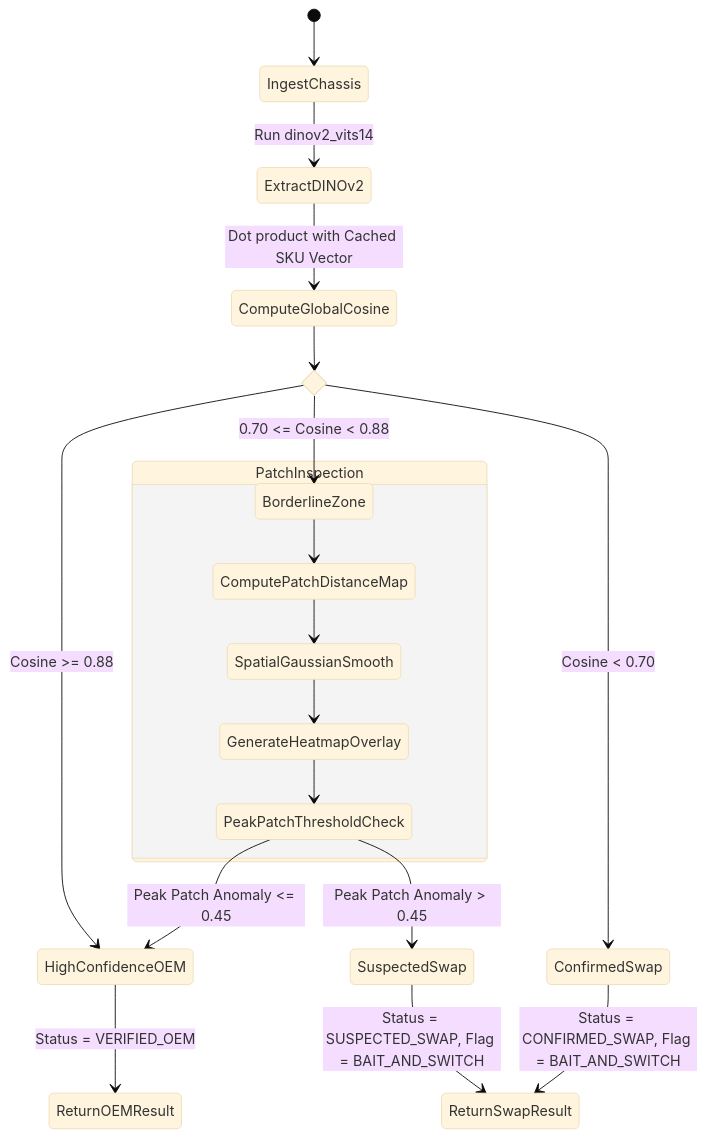
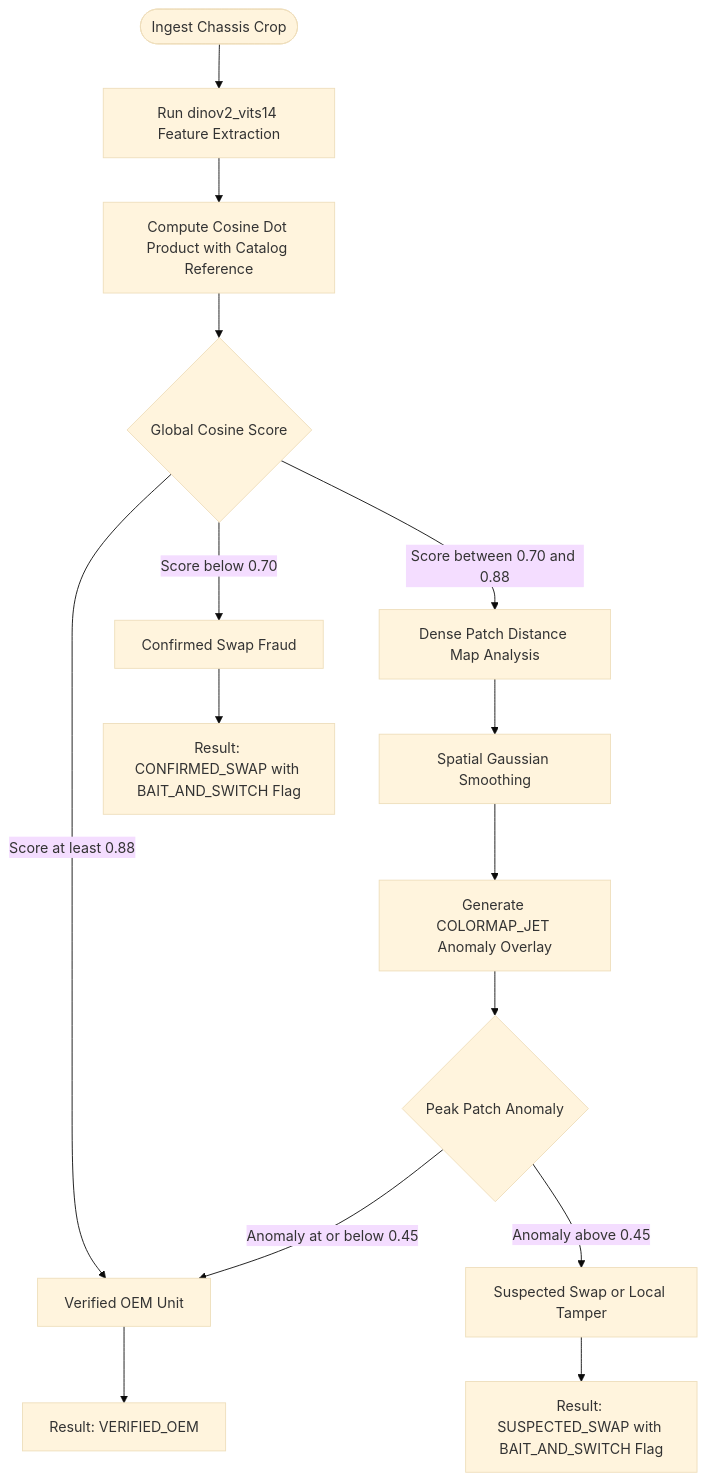
The second of 3 diagrams in docs/architecture.md (addy9051/ReturnsSheildAI), drawn with Mermaid (base theme) before and after one commit. The commit also changed other lines of this file and 6 other files, not shown here.

Commit message:
feat(phase-2): implement DINOv2 swap detector and dual-serial OCR verifier with weighted confusion matrix

````diff
--- a/docs/architecture.md
+++ b/docs/architecture.md
@@ -109,27 +116,21 @@
 ```mermaid
-stateDiagram-v2
-    [*] --> IngestChassis
-    IngestChassis --> ExtractDINOv2: Run dinov2_vits14
-    ExtractDINOv2 --> ComputeGlobalCosine: Dot product with Cached SKU Vector
+flowchart TD
+    Start(["Ingest Chassis Crop"]) --> Extract["Run dinov2_vits14 Feature Extraction"]
+    Extract --> GlobalSim["Compute Cosine Dot Product with Catalog Reference"]
     
-    state GlobalDecision <<choice>>
-    ComputeGlobalCosine --> GlobalDecision
+    GlobalSim --> EvalScore{"Global Cosine Score"}
+    EvalScore -- "Score at least 0.88" --> OEM["Verified OEM Unit"]
+    EvalScore -- "Score between 0.70 and 0.88" --> PatchCheck["Dense Patch Distance Map Analysis"]
+    EvalScore -- "Score below 0.70" --> SwapConfirmed["Confirmed Swap Fraud"]
     
-    GlobalDecision --> HighConfidenceOEM: Cosine >= 0.88
-    GlobalDecision --> BorderlineZone: 0.70 <= Cosine < 0.88
-    GlobalDecision --> ConfirmedSwap: Cosine < 0.70
+    PatchCheck --> Smooth["Spatial Gaussian Smoothing"]
+    Smooth --> Heatmap["Generate COLORMAP_JET Anomaly Overlay"]
+    Heatmap --> PeakCheck{"Peak Patch Anomaly"}
     
-    state PatchInspection {
-        BorderlineZone --> ComputePatchDistanceMap
-        ComputePatchDistanceMap --> SpatialGaussianSmooth
-        SpatialGaussianSmooth --> GenerateHeatmapOverlay
-        GenerateHeatmapOverlay --> PeakPatchThresholdCheck
-    }
+    PeakCheck -- "Anomaly above 0.45" --> SwapSuspected["Suspected Swap or Local Tamper"]
+    PeakCheck -- "Anomaly at or below 0.45" --> OEM
     
-    PeakPatchThresholdCheck --> SuspectedSwap: Peak Patch Anomaly > 0.45
-    PeakPatchThresholdCheck --> HighConfidenceOEM: Peak Patch Anomaly <= 0.45
-    
-    HighConfidenceOEM --> ReturnOEMResult: Status = VERIFIED_OEM
-    SuspectedSwap --> ReturnSwapResult: Status = SUSPECTED_SWAP, Flag = BAIT_AND_SWITCH
-    ConfirmedSwap --> ReturnSwapResult: Status = CONFIRMED_SWAP, Flag = BAIT_AND_SWITCH
+    OEM --> ResOEM["Result: VERIFIED_OEM"]
+    SwapSuspected --> ResSuspected["Result: SUSPECTED_SWAP with BAIT_AND_SWITCH Flag"]
+    SwapConfirmed --> ResConfirmed["Result: CONFIRMED_SWAP with BAIT_AND_SWITCH Flag"]
 ```
````
